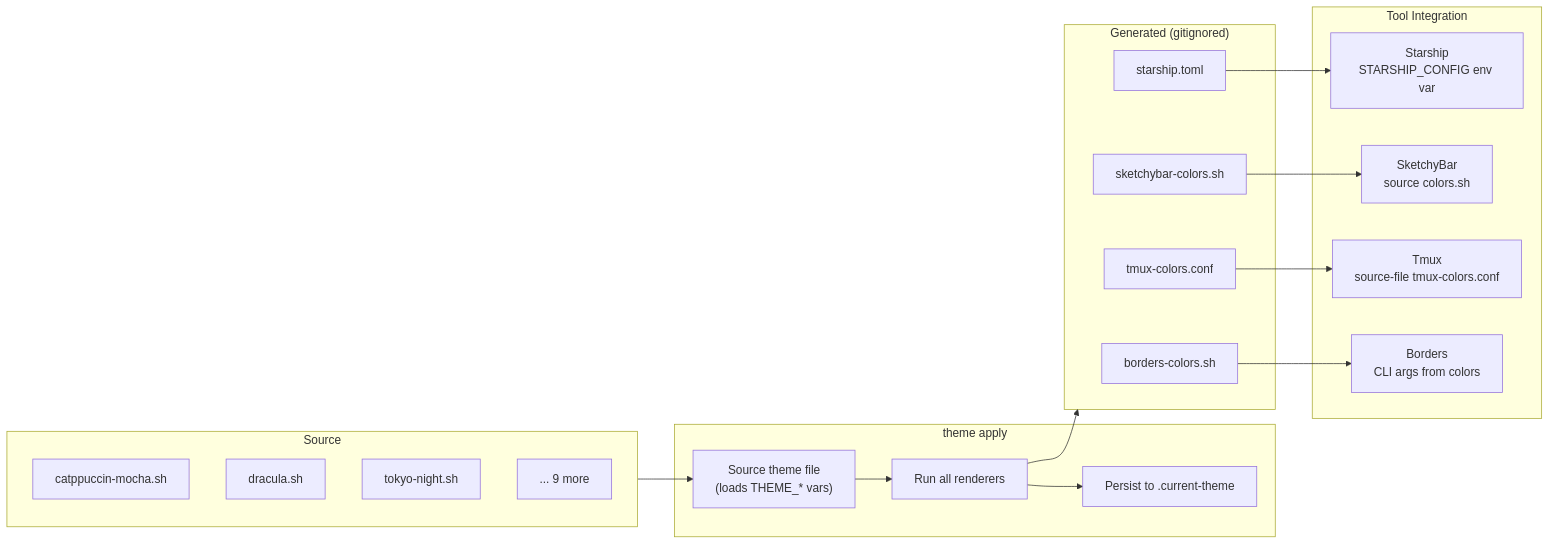
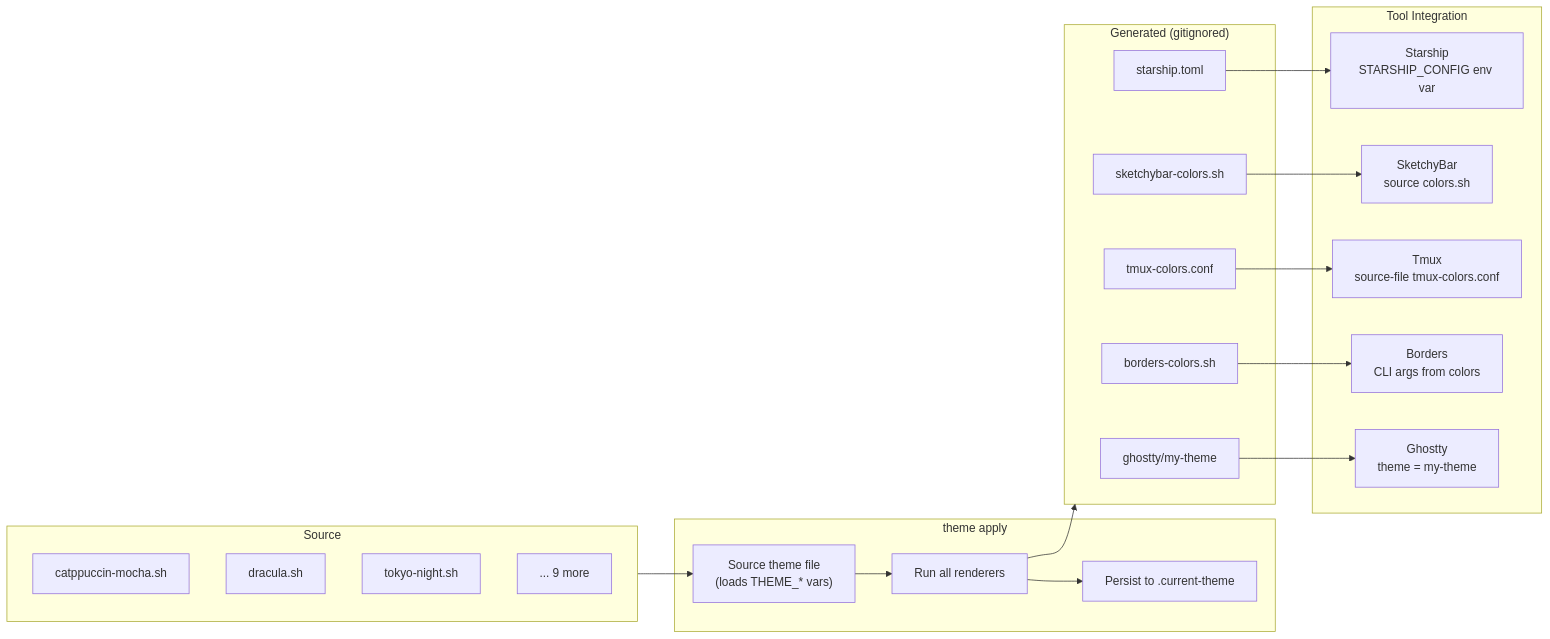
The second of 4 diagrams in README.md (slashspace/dotfiles), drawn with Mermaid before and after one commit. The commit also changed other lines of this file and 4 other files, not shown here.

First line of the commit message:
docs: add ghostty to renderers in CLAUDE.md and README diagrams

````diff
--- a/README.md
+++ b/README.md
@@ -77,36 +77,39 @@
 ```mermaid
 flowchart LR
     subgraph source ["Source"]
         T1["catppuccin-mocha.sh"]
         T2["dracula.sh"]
         T3["tokyo-night.sh"]
         T4["... 9 more"]
     end
 
     subgraph apply ["theme apply <name>"]
         S["Source theme file<br/>(loads THEME_* vars)"]
         R["Run all renderers"]
         P["Persist to .current-theme"]
     end
 
     subgraph generated ["Generated (gitignored)"]
         G1["starship.toml"]
         G2["sketchybar-colors.sh"]
         G3["tmux-colors.conf"]
         G4["borders-colors.sh"]
+        G5["ghostty/my-theme"]
     end
 
     subgraph tools ["Tool Integration"]
         ST["Starship<br/>STARSHIP_CONFIG env var"]
         SB["SketchyBar<br/>source colors.sh"]
         TM["Tmux<br/>source-file tmux-colors.conf"]
         BD["Borders<br/>CLI args from colors"]
+        GT["Ghostty<br/>theme = my-theme"]
     end
 
     source --> S --> R --> P
     R --> generated
     G1 --> ST
     G2 --> SB
     G3 --> TM
     G4 --> BD
+    G5 --> GT
 ```
````
